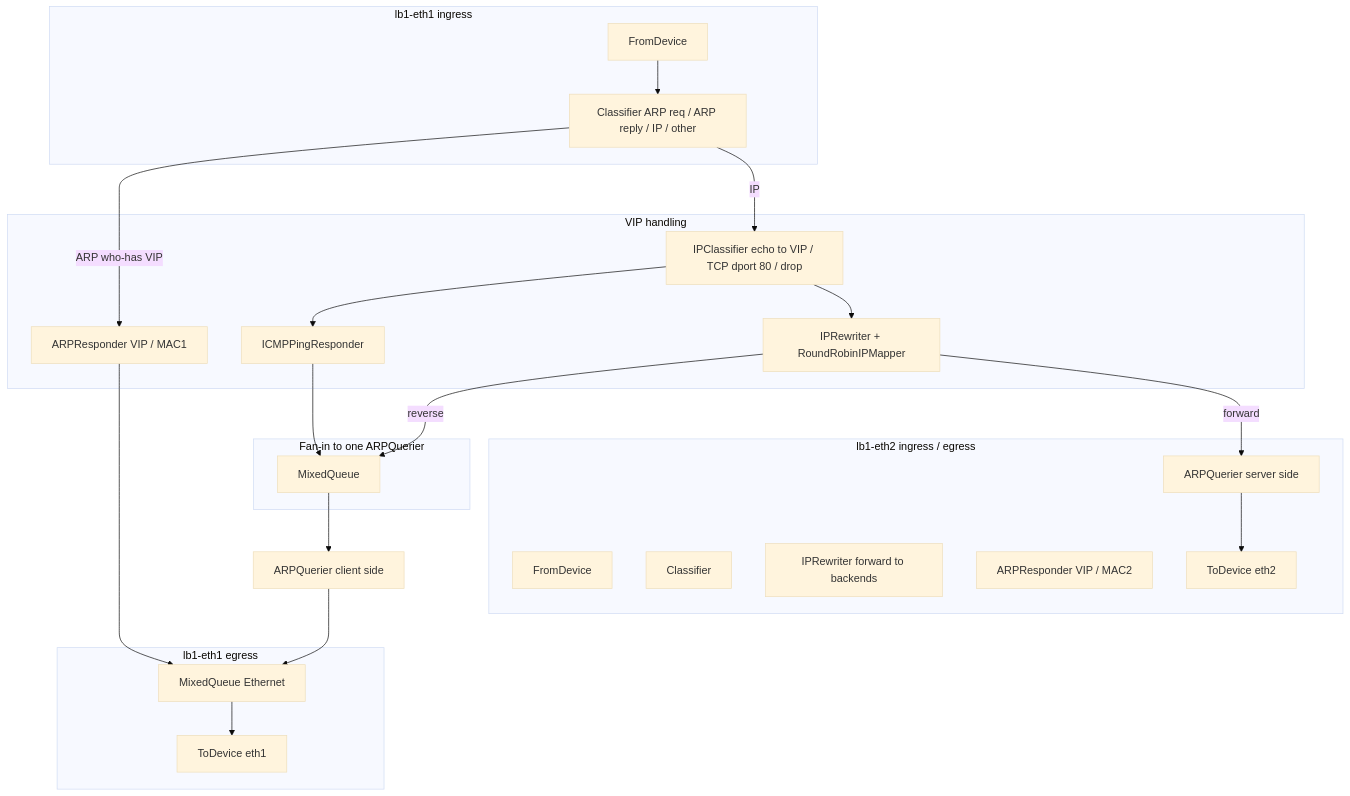
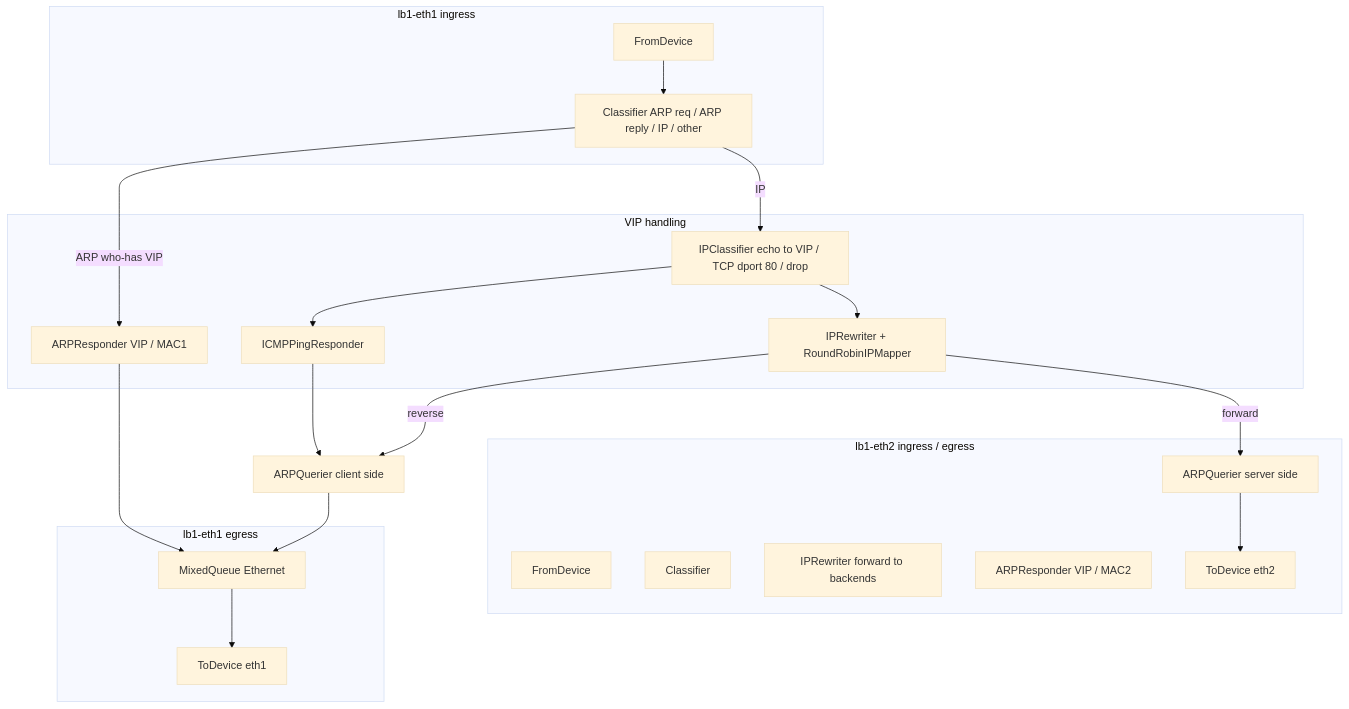
Before and after one commit to Hong-yiii/ML-networking: the second of 2 diagrams in docs/load_balancer.md, drawn with Mermaid (base theme). The commit also changed other lines of this file and 2 other files, not shown here.

Commit message:
fixed problem with mixed and updated to push / pull

````diff
--- a/docs/load_balancer.md
+++ b/docs/load_balancer.md
@@ -56,42 +56,38 @@
 ```mermaid
 flowchart TB
   subgraph clientSide[lb1-eth1 ingress]
     E1[FromDevice]
     C1[Classifier ARP req / ARP reply / IP / other]
     E1 --> C1
   end
   subgraph vip[VIP handling]
     AR1[ARPResponder VIP / MAC1]
     IPC[IPClassifier echo to VIP / TCP dport 80 / drop]
     ICMP[ICMPPingResponder]
     RW[IPRewriter + RoundRobinIPMapper]
   end
   C1 -->|ARP who-has VIP| AR1
   C1 -->|IP| IPC
   IPC --> ICMP
   IPC --> RW
-  subgraph mergeClient[Fan-in to one ARPQuerier]
-    MQ1[MixedQueue]
-  end
-  ICMP --> MQ1
-  RW -->|reverse| MQ1
   ARQ1[ARPQuerier client side]
-  MQ1 --> ARQ1
+  ICMP --> ARQ1
+  RW -->|reverse| ARQ1
   subgraph eth1Egress[lb1-eth1 egress]
     TX1[MixedQueue Ethernet]
     TD1[ToDevice eth1]
   end
   AR1 --> TX1
   ARQ1 --> TX1
   TX1 --> TD1
   subgraph serverSide[lb1-eth2 ingress / egress]
     E2[FromDevice]
     C2[Classifier]
     RW0[IPRewriter forward to backends]
     AR2[ARPResponder VIP / MAC2]
     ARQ2[ARPQuerier server side]
     TD2[ToDevice eth2]
   end
   RW -->|forward| ARQ2
   ARQ2 --> TD2
 ```
````
